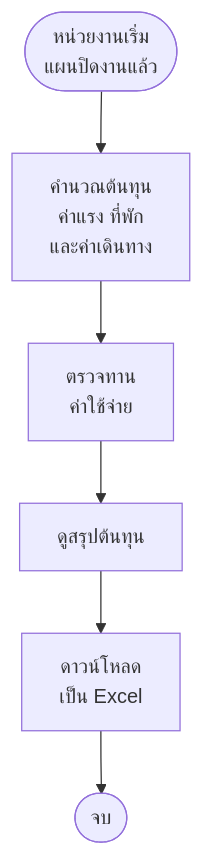
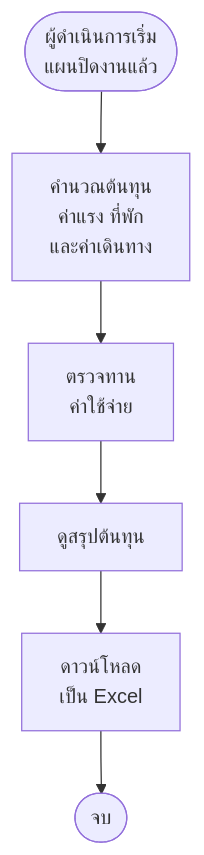
Before and after one commit to anugmail/Maintenance-Request-Form: diagram 18 of 19 in Diagram/01-บำรุงรักษาตามวาระ/27-บำรุงรักษา-flowchart-กิจกรรม.md, drawn with Mermaid. The commit also changed other lines of this file and 21 other files, not shown here.

````diff
--- a/Diagram/01-บำรุงรักษาตามวาระ/27-บำรุงรักษา-flowchart-กิจกรรม.md
+++ b/Diagram/01-บำรุงรักษาตามวาระ/27-บำรุงรักษา-flowchart-กิจกรรม.md
@@ -391,8 +378,8 @@
 ```mermaid
 flowchart TD
-    S(["หน่วยงานเริ่ม<br/>แผนปิดงานแล้ว"]) --> A1["คำนวณต้นทุน<br/>ค่าแรง ที่พัก<br/>และค่าเดินทาง"]
+    S(["ผู้ดำเนินการเริ่ม<br/>แผนปิดงานแล้ว"]) --> A1["คำนวณต้นทุน<br/>ค่าแรง ที่พัก<br/>และค่าเดินทาง"]
     A1 --> A2["ตรวจทาน<br/>ค่าใช้จ่าย"]
     A2 --> A3["ดูสรุปต้นทุน"]
     A3 --> A4["ดาวน์โหลด<br/>เป็น Excel"]
     A4 --> E(["จบ"])
 ```
````
